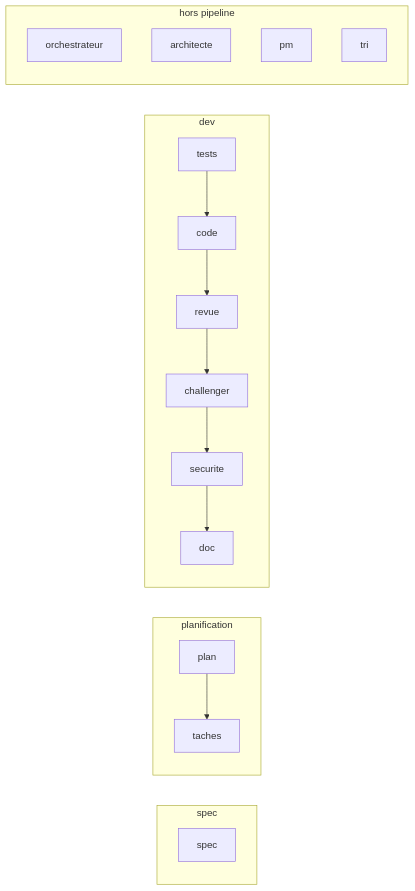
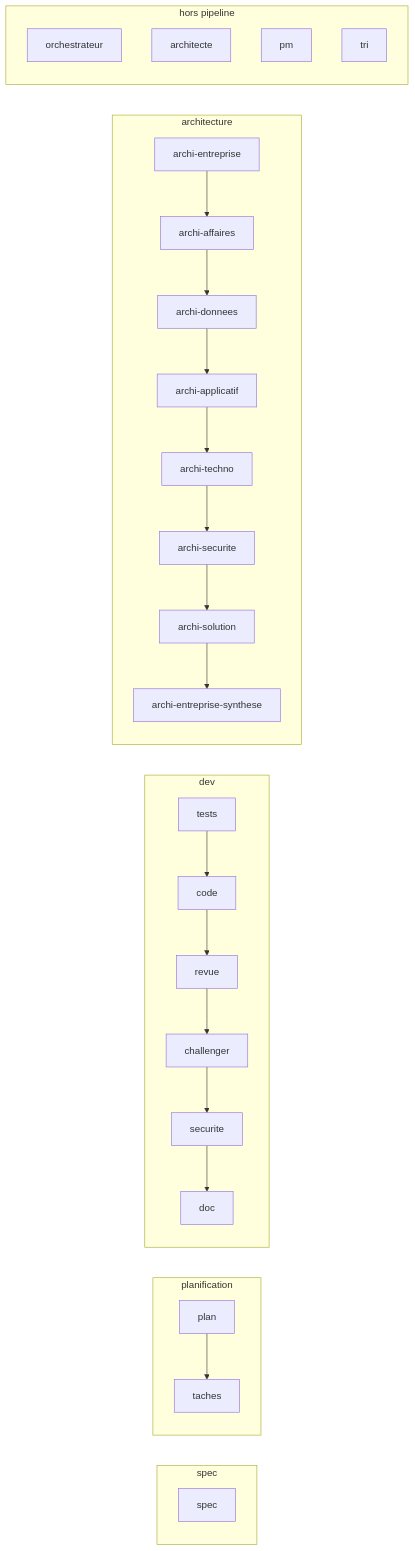
The diagram in README.md (nicolaslallier/AI), drawn with Mermaid before and after one commit. The commit also changed other lines of this file and 14 other files, not shown here.

Commit message:
feat(portail): les huit agents du bureau d'architectes et leurs conteneurs

````diff
--- a/README.md
+++ b/README.md
@@ -41,30 +41,47 @@
 ```mermaid
 flowchart LR
   subgraph g0["spec"]
     g0_spec["spec"]
   end
   subgraph g1["planification"]
     g1_plan["plan"]
     g1_taches["taches"]
     g1_plan --> g1_taches
   end
   subgraph g2["dev"]
     g2_tests["tests"]
     g2_code["code"]
     g2_revue["revue"]
     g2_challenger["challenger"]
     g2_securite["securite"]
     g2_doc["doc"]
     g2_tests --> g2_code
     g2_code --> g2_revue
     g2_revue --> g2_challenger
     g2_challenger --> g2_securite
     g2_securite --> g2_doc
   end
-  subgraph g3["hors pipeline"]
-    g3_orchestrateur["orchestrateur"]
-    g3_architecte["architecte"]
-    g3_pm["pm"]
-    g3_tri["tri"]
+  subgraph g3["architecture"]
+    g3_archi-entreprise["archi-entreprise"]
+    g3_archi-affaires["archi-affaires"]
+    g3_archi-donnees["archi-donnees"]
+    g3_archi-applicatif["archi-applicatif"]
+    g3_archi-techno["archi-techno"]
+    g3_archi-securite["archi-securite"]
+    g3_archi-solution["archi-solution"]
+    g3_archi-entreprise-synthese["archi-entreprise-synthese"]
+    g3_archi-entreprise --> g3_archi-affaires
+    g3_archi-affaires --> g3_archi-donnees
+    g3_archi-donnees --> g3_archi-applicatif
+    g3_archi-applicatif --> g3_archi-techno
+    g3_archi-techno --> g3_archi-securite
+    g3_archi-securite --> g3_archi-solution
+    g3_archi-solution --> g3_archi-entreprise-synthese
+  end
+  subgraph g4["hors pipeline"]
+    g4_orchestrateur["orchestrateur"]
+    g4_architecte["architecte"]
+    g4_pm["pm"]
+    g4_tri["tri"]
   end
 ```
````
